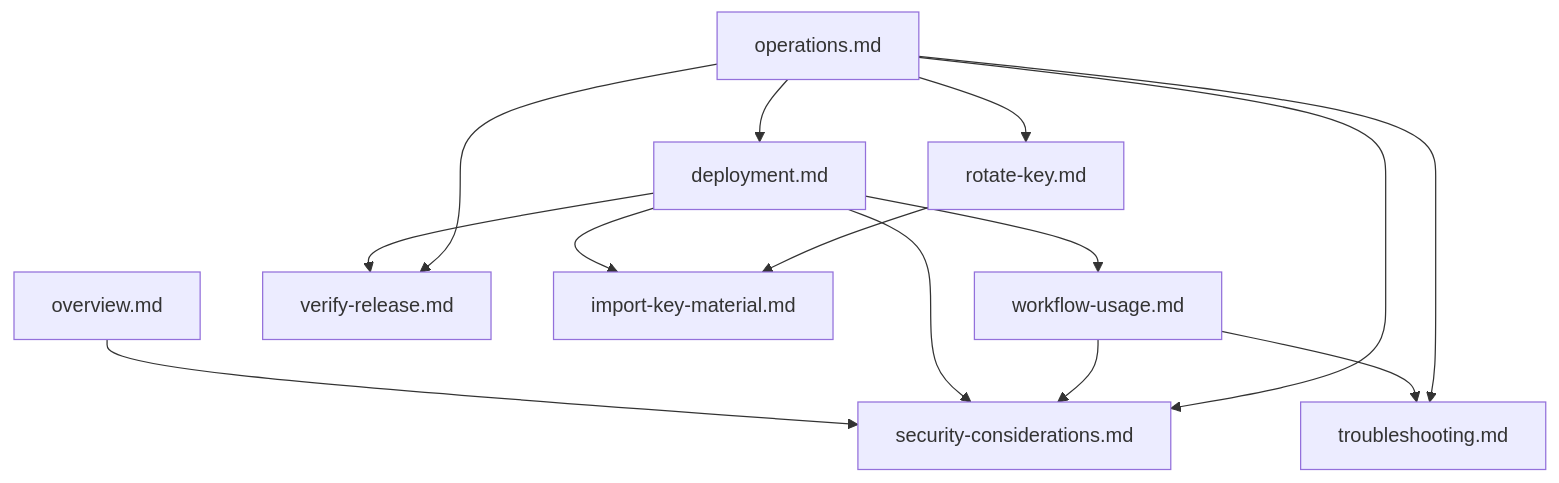
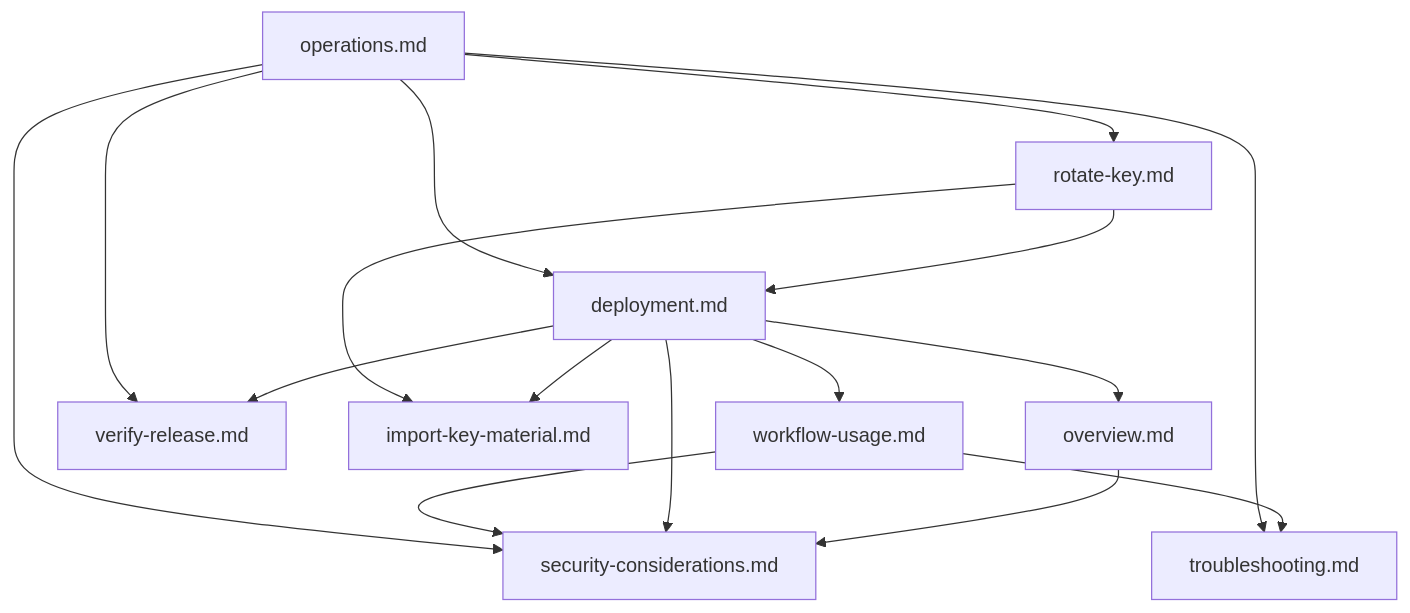
One commit to tmknom/gates changed the second of 3 diagrams in docs/contributing/docs-policy.md. Above: the diagram before and after it, drawn with Mermaid. The commit also changed 13 other files, not shown here.

````diff
--- a/docs/contributing/docs-policy.md
+++ b/docs/contributing/docs-policy.md
@@ -154,16 +154,18 @@
 ```mermaid
 flowchart TD
     overview["overview.md"] --> security["security-considerations.md"]
     deployment["deployment.md"] --> security
+    deployment --> overview
     deployment --> verify["verify-release.md"]
     deployment --> import["import-key-material.md"]
     deployment --> usage["workflow-usage.md"]
     rotate["rotate-key.md"] --> import
+    rotate --> deployment
     usage --> security
     usage --> trouble["troubleshooting.md"]
     operations["operations.md"] --> deployment
     operations --> verify
     operations --> rotate
     operations --> trouble
     operations --> security
 ```
````
